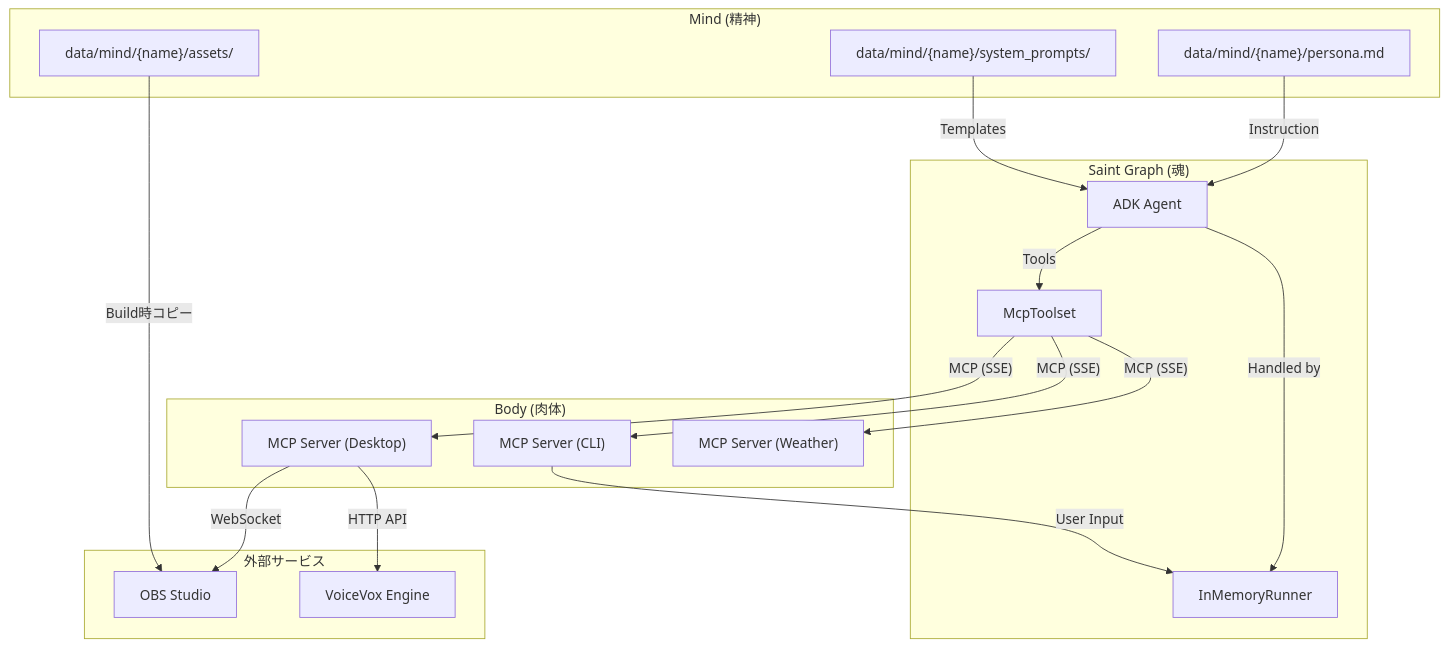
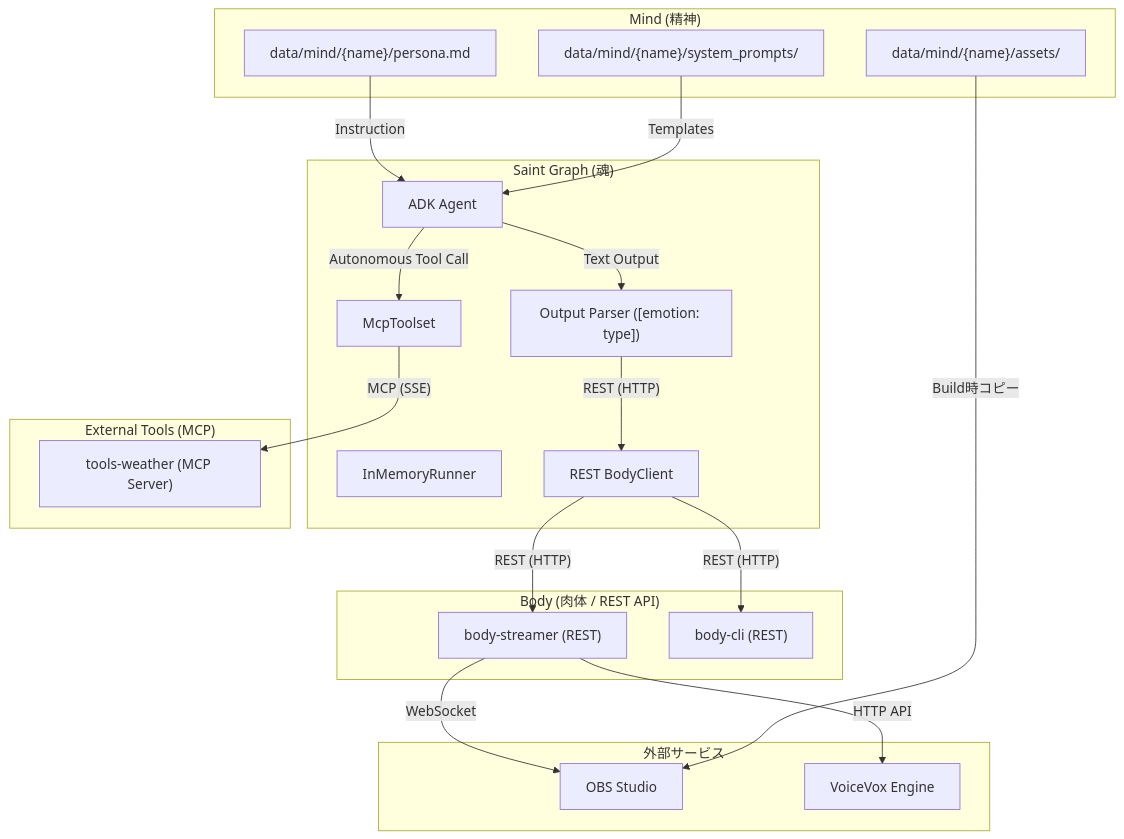
Before and after one commit to koduki/ai-tuber: the diagram in docs/ARCHITECTURE.md, drawn with Mermaid. The commit also changed other lines of this file and 30 other files, not shown here.

````diff
--- a/docs/ARCHITECTURE.md
+++ b/docs/ARCHITECTURE.md
@@ -9,39 +9,44 @@
 ```mermaid
 graph TD
   subgraph Mind ["Mind (精神)"]
     Persona["data/mind/{name}/persona.md"]
     Prompts["data/mind/{name}/system_prompts/"]
     Assets["data/mind/{name}/assets/"]
   end
 
   subgraph SaintGraph ["Saint Graph (魂)"]
     Agent["ADK Agent"]
     Runner["InMemoryRunner"]
+    Parser["Output Parser ([emotion: type])"]
+    BodyClient["REST BodyClient"]
     Toolset["McpToolset"]
   end
 
-  subgraph BodyServices ["Body (肉体)"]
-    ServerDesktop["MCP Server (Desktop)"]
-    ServerCLI["MCP Server (CLI)"]
-    ServerWeather["MCP Server (Weather)"]
+  subgraph BodyServices ["Body (肉体 / REST API)"]
+    ServerStreamer["body-streamer (REST)"]
+    ServerCLI["body-cli (REST)"]
+  end
+
+  subgraph Tools ["External Tools (MCP)"]
+    ServerWeather["tools-weather (MCP Server)"]
   end
   
   subgraph ExternalServices ["外部サービス"]
     OBS["OBS Studio"]
     VoiceVox["VoiceVox Engine"]
   end
 
   Persona -- "Instruction" --> Agent
   Prompts -- "Templates" --> Agent
-  Agent -- "Handled by" --> Runner
-  Agent -- "Tools" --> Toolset
-  Toolset -- "MCP (SSE)" --> ServerDesktop
-  Toolset -- "MCP (SSE)" --> ServerCLI
+  Agent -- "Text Output" --> Parser
+  Parser -- "REST (HTTP)" --> BodyClient
+  BodyClient -- "REST (HTTP)" --> ServerStreamer
+  BodyClient -- "REST (HTTP)" --> ServerCLI
+  
+  Agent -- "Autonomous Tool Call" --> Toolset
   Toolset -- "MCP (SSE)" --> ServerWeather
   
-  ServerDesktop -- "HTTP API" --> VoiceVox
-  ServerDesktop -- "WebSocket" --> OBS
+  ServerStreamer -- "HTTP API" --> VoiceVox
+  ServerStreamer -- "WebSocket" --> OBS
   Assets -- "Build時コピー" --> OBS
-  
-  ServerCLI -- "User Input" --> Runner
 ```
````
